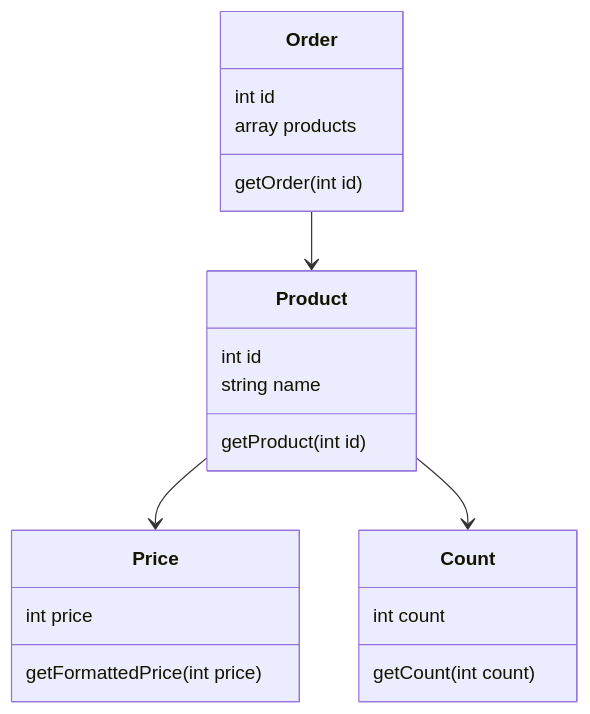
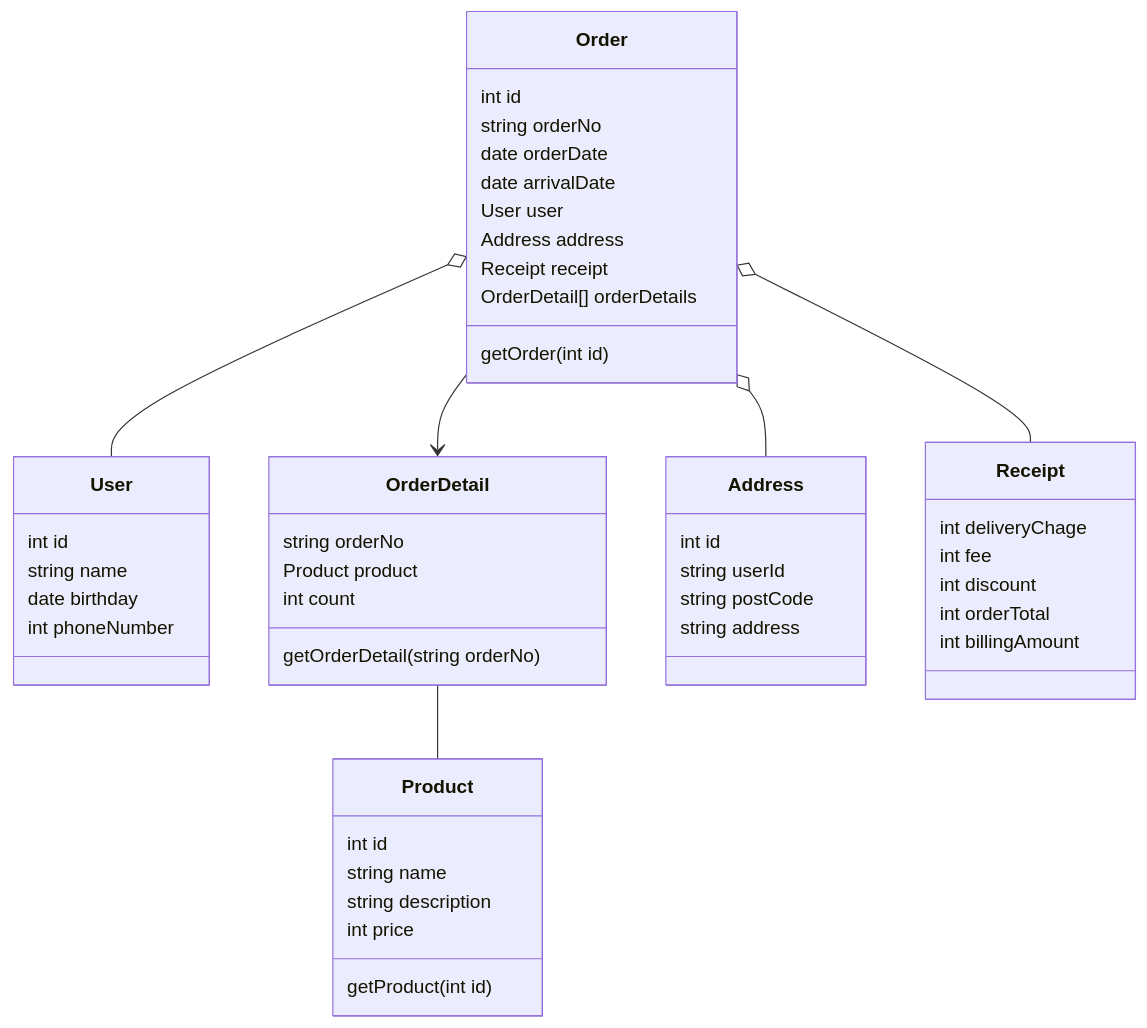
The diagram in architecture/class_diagram.md (SunHigh105/laravel-api-practice), drawn with Mermaid before and after one commit.

Commit message:
Modify class diagram

````diff
--- a/architecture/class_diagram.md
+++ b/architecture/class_diagram.md
@@ -1,24 +1,59 @@
 ```mermaid
 classDiagram
+
 class Product {
   int id
   string name
+  string description
+  int price
   getProduct(int id)
 }
-class Count {
-  int count
-  getCount(int count)
+
+class User {
+  int id
+  string name
+  date birthday
+  int phoneNumber
 }
-class Price {
-  int price
-  getFormattedPrice(int price)
-}
+
 class Order {
   int id
-  array products
+  string orderNo
+  date orderDate
+  date arrivalDate
+  User user
+  Address address
+  Receipt receipt
+  OrderDetail[] orderDetails
   getOrder(int id)
 }
-Order --> Product
-Product --> Price
-Product --> Count
+
+class OrderDetail {
+  string orderNo
+  Product product
+  int count
+  getOrderDetail(string orderNo)
+}
+
+class Address {
+  int id
+  string userId
+  string postCode
+  string address
+}
+
+class Receipt {
+  int deliveryChage
+  int fee
+  int discount
+  int orderTotal
+  int billingAmount
+}
+
+OrderDetail -- Product
+Order o-- User
+Order o-- Address
+Order --> OrderDetail
+Order o-- Receipt
+
 ```
````
